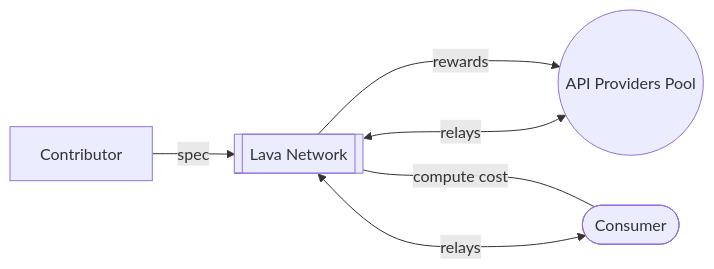
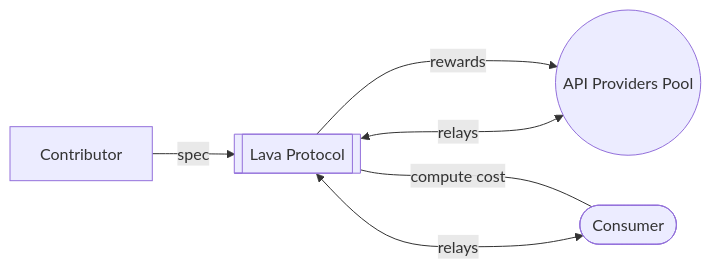
The diagram in docs/intro/about.md (lavanet/docs), drawn with Mermaid before and after one commit.

Commit message:
update mermaid diagram text

````diff
--- a/docs/intro/about.md
+++ b/docs/intro/about.md
@@ -10,8 +10,8 @@
 ```mermaid
 flowchart LR
-    p1[Contributor] --spec --> lava[[Lava Network]]
+    p1[Contributor] --spec --> lava[[Lava Protocol]]
     lava ---> |rewards| p2((API Providers Pool))
     lava <---> |relays| p2
     lava <--- |compute cost| p3([Consumer])
     lava <--> |relays| p3
 ```
````
